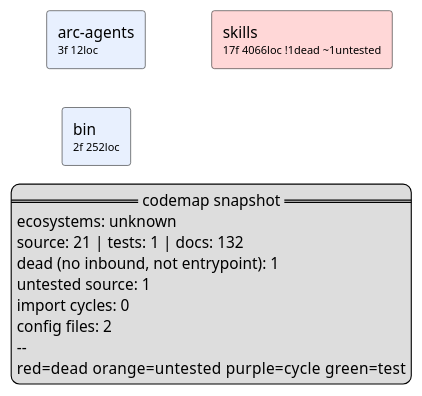
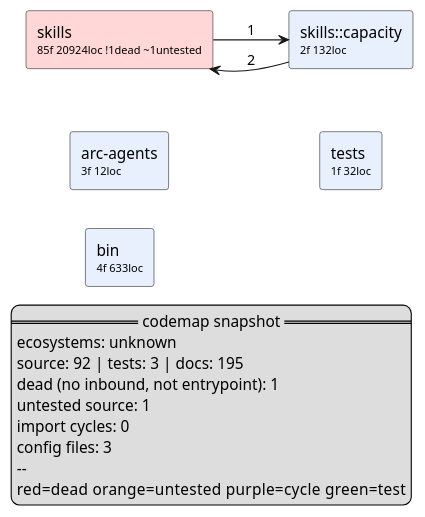
One commit to a-canary/arc-skills changed the diagram in codemap/codemap.puml. Above: the diagram before and after it, drawn with PlantUML. The commit also changed 3 other files, not shown here.

```diff
--- a/codemap/codemap.puml
+++ b/codemap/codemap.puml
@@ -1,24 +1,28 @@
 @startuml codemap
 ' generated by codemap — deterministic snapshot, do not hand-edit
 skinparam componentStyle rectangle
 skinparam shadowing false
 skinparam packageStyle rectangle
 left to right direction
 
 component "arc-agents\n<size:10>3f 12loc</size>" as arc_agents #E8F0FE
-component "bin\n<size:10>2f 252loc</size>" as bin #E8F0FE
-component "skills\n<size:10>17f 4066loc !1dead ~1untested</size>" as skills #FFD7D7
+component "bin\n<size:10>4f 633loc</size>" as bin #E8F0FE
+component "skills\n<size:10>85f 20924loc !1dead ~1untested</size>" as skills #FFD7D7
+component "skills::capacity\n<size:10>2f 132loc</size>" as skills__capacity #E8F0FE
+component "tests\n<size:10>1f 32loc</size>" as tests #E8F0FE
 
+skills --> skills__capacity : 1
+skills__capacity --> skills : 2
 
 legend right
   == codemap snapshot ==
   ecosystems: unknown
-  source: 21 | tests: 1 | docs: 132
+  source: 92 | tests: 3 | docs: 195
   dead (no inbound, not entrypoint): 1
   untested source: 1
   import cycles: 0
-  config files: 2
+  config files: 3
   --
   red=dead  orange=untested  purple=cycle  green=test
 endlegend
 @enduml
```
